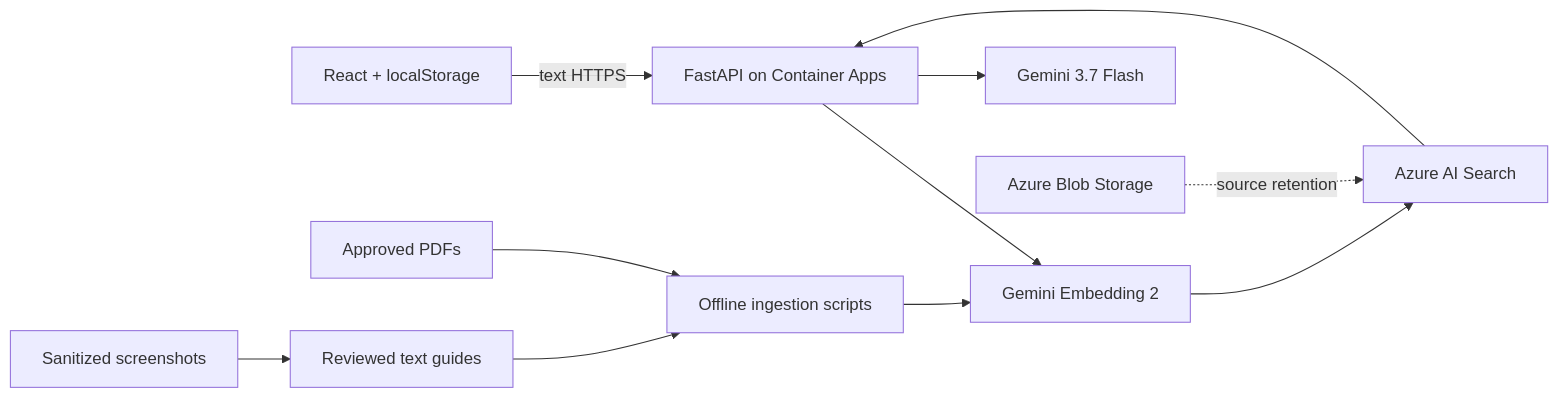
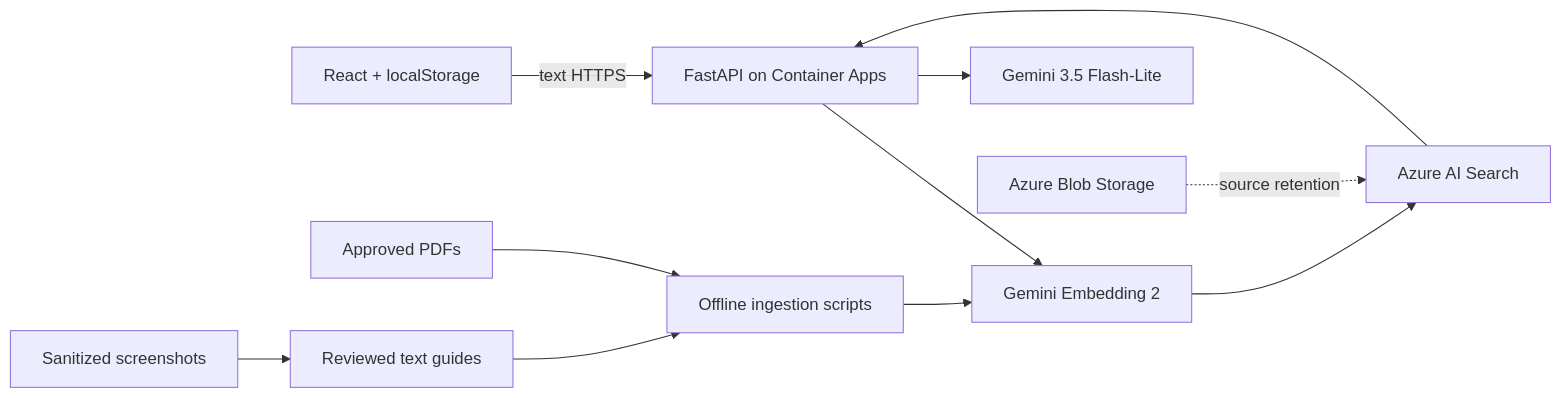
Before and after one commit to PasinduT/IT6502_Assignment: the diagram in README.md, drawn with Mermaid. The commit also changed other lines of this file and 8 other files, not shown here.

Commit message:
Introduced a failover mode when the RAG is missing, and introduced Gemini Flash Lite

````diff
--- a/README.md
+++ b/README.md
@@ -28,14 +28,14 @@
 ```mermaid
 flowchart LR
     Browser[React + localStorage] -->|text HTTPS| API[FastAPI on Container Apps]
     API --> Embed[Gemini Embedding 2]
     Embed --> Search[Azure AI Search]
     Search --> API
-    API --> LLM[Gemini 3.7 Flash]
+    API --> LLM[Gemini 3.5 Flash-Lite]
     Blob[Azure Blob Storage] -. source retention .-> Search
 
     PDFs[Approved PDFs] --> Ingest[Offline ingestion scripts]
     Screens[Sanitized screenshots] --> Review[Reviewed text guides]
     Review --> Ingest
     Ingest --> Embed
 ```
````
